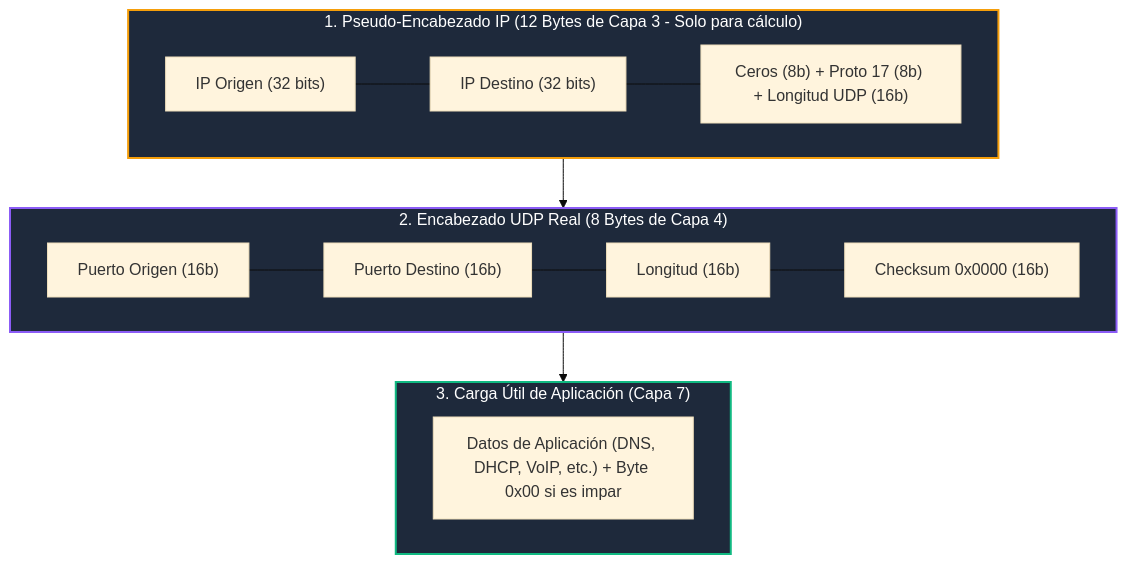
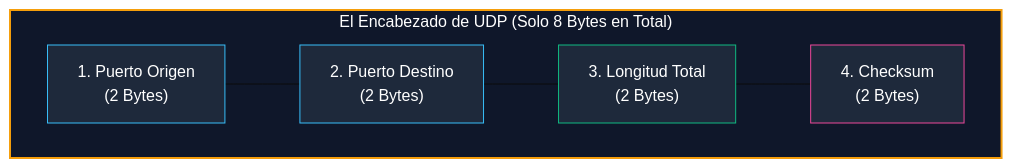
Before and after one commit to ch4rf/redes-computadoras: the second of 2 diagrams in Teoria/Modulo_1_Capa_Transporte/03_Protocolo_UDP.md, drawn with Mermaid (base theme). The commit also changed other lines of this file and 14 other files, not shown here.

````diff
--- a/Teoria/Modulo_1_Capa_Transporte/03_Protocolo_UDP.md
+++ b/Teoria/Modulo_1_Capa_Transporte/03_Protocolo_UDP.md
@@ -27,22 +61,13 @@
 ```mermaid
 flowchart TD
-    subgraph PSEUDO ["1. Pseudo-Encabezado IP (12 Bytes de Capa 3 - Solo para cálculo)"]
+    subgraph UDP_HEADER ["El Encabezado de UDP (Solo 8 Bytes en Total)"]
         direction LR
-        P_SRC["IP Origen (32 bits)"] --- P_DST["IP Destino (32 bits)"] --- P_PROTO["Ceros (8b) + Proto 17 (8b) + Longitud UDP (16b)"]
+        P_SRC["1. Puerto Origen<br/>(2 Bytes)"] --- P_DST["2. Puerto Destino<br/>(2 Bytes)"] --- P_LEN["3. Longitud Total<br/>(2 Bytes)"] --- P_CHK["4. Checksum<br/>(2 Bytes)"]
     end
 
-    subgraph UDP_HDR ["2. Encabezado UDP Real (8 Bytes de Capa 4)"]
-        direction LR
-        U_SRC["Puerto Origen (16b)"] --- U_DST["Puerto Destino (16b)"] --- U_LEN["Longitud (16b)"] --- U_CHK["Checksum 0x0000 (16b)"]
-    end
-
-    subgraph UDP_DATA ["3. Carga Útil de Aplicación (Capa 7)"]
-        U_PAYLOAD["Datos de Aplicación (DNS, DHCP, VoIP, etc.) + Byte 0x00 si es impar"]
-    end
-
-    PSEUDO --> UDP_HDR --> UDP_DATA
-
-    style PSEUDO fill:#1e293b,stroke:#f59e0b,stroke-width:2px,color:#fff
-    style UDP_HDR fill:#1e293b,stroke:#8b5cf6,stroke-width:2px,color:#fff
-    style UDP_DATA fill:#1e293b,stroke:#10b981,stroke-width:2px,color:#fff
+    style UDP_HEADER fill:#0f172a,stroke:#f59e0b,stroke-width:2px,color:#fff
+    style P_SRC fill:#1e293b,stroke:#38bdf8,stroke-width:1px,color:#fff
+    style P_DST fill:#1e293b,stroke:#38bdf8,stroke-width:1px,color:#fff
+    style P_LEN fill:#1e293b,stroke:#10b981,stroke-width:1px,color:#fff
+    style P_CHK fill:#1e293b,stroke:#ec4899,stroke-width:1px,color:#fff
 ```
````
